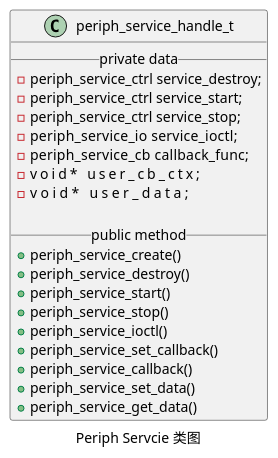
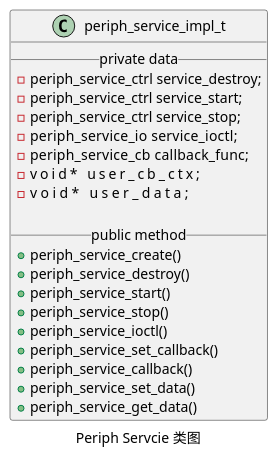
One commit to liangzhu2008/learn-esp-adf changed the first of 3 diagrams in docs/inside-dispatcher/periph_service.rst. Above: the diagram before and after it, drawn with PlantUML. The commit also changed other lines of this file and 8 other files, not shown here.

Commit message:
加入 Audio Service 的类图、时序图、与子服务的映射关系

```diff
--- a/docs/inside-dispatcher/periph_service.rst
+++ b/docs/inside-dispatcher/periph_service.rst
@@ -26,25 +26,25 @@
 .. uml::
 
     caption Periph Servcie 类图
 
-    class periph_service_handle_t {
+    class periph_service_impl_t {
         __ private data __
         -periph_service_ctrl service_destroy;
         -periph_service_ctrl service_start;
         -periph_service_ctrl service_stop;
         -periph_service_io   service_ioctl;
         -periph_service_cb   callback_func;
         -void*               user_cb_ctx;
         -void*               user_data;
 
         __ public method __
         +periph_service_create()
         +periph_service_destroy()
         +periph_service_start()
         +periph_service_stop()
         +periph_service_ioctl()
         +periph_service_set_callback()
         +periph_service_callback()
         +periph_service_set_data()
         +periph_service_get_data()
     }
```
